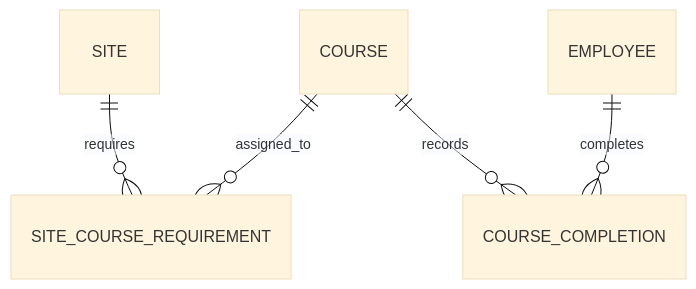
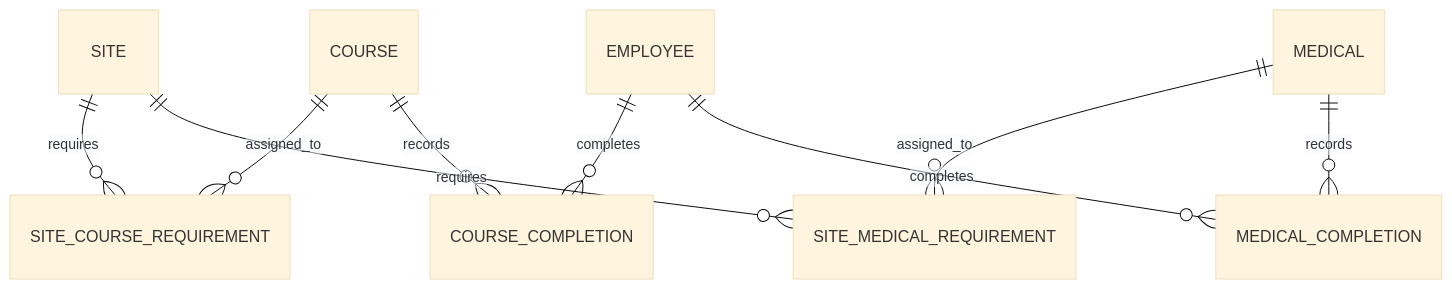
The diagram in docs/database-design.md (alexpower9/training-management-demo), drawn with Mermaid (base theme) before and after one commit. The commit also changed other lines of this file and 57 other files, not shown here.

````diff
--- a/docs/database-design.md
+++ b/docs/database-design.md
@@ -35,7 +42,11 @@
 ```mermaid
 erDiagram
     SITE ||--o{ SITE_COURSE_REQUIREMENT : requires
     COURSE ||--o{ SITE_COURSE_REQUIREMENT : assigned_to
     EMPLOYEE ||--o{ COURSE_COMPLETION : completes
     COURSE ||--o{ COURSE_COMPLETION : records
+    SITE ||--o{ SITE_MEDICAL_REQUIREMENT : requires
+    MEDICAL ||--o{ SITE_MEDICAL_REQUIREMENT : assigned_to
+    EMPLOYEE ||--o{ MEDICAL_COMPLETION : completes
+    MEDICAL ||--o{ MEDICAL_COMPLETION : records
 ```
````
